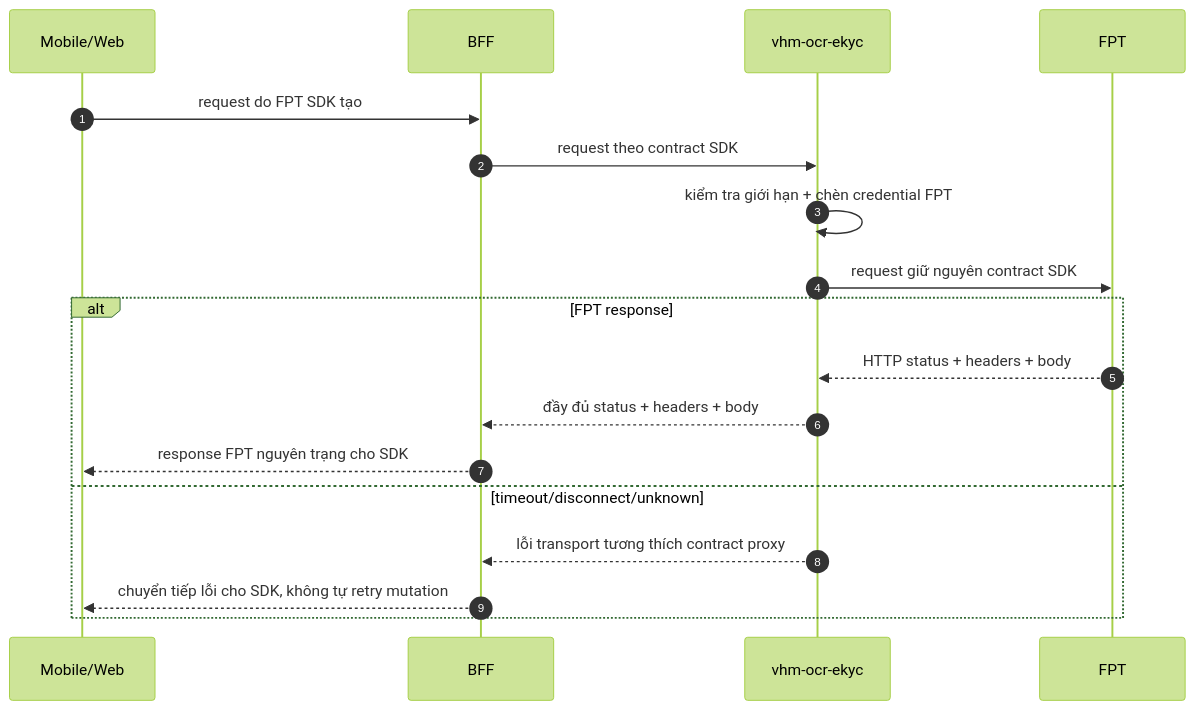
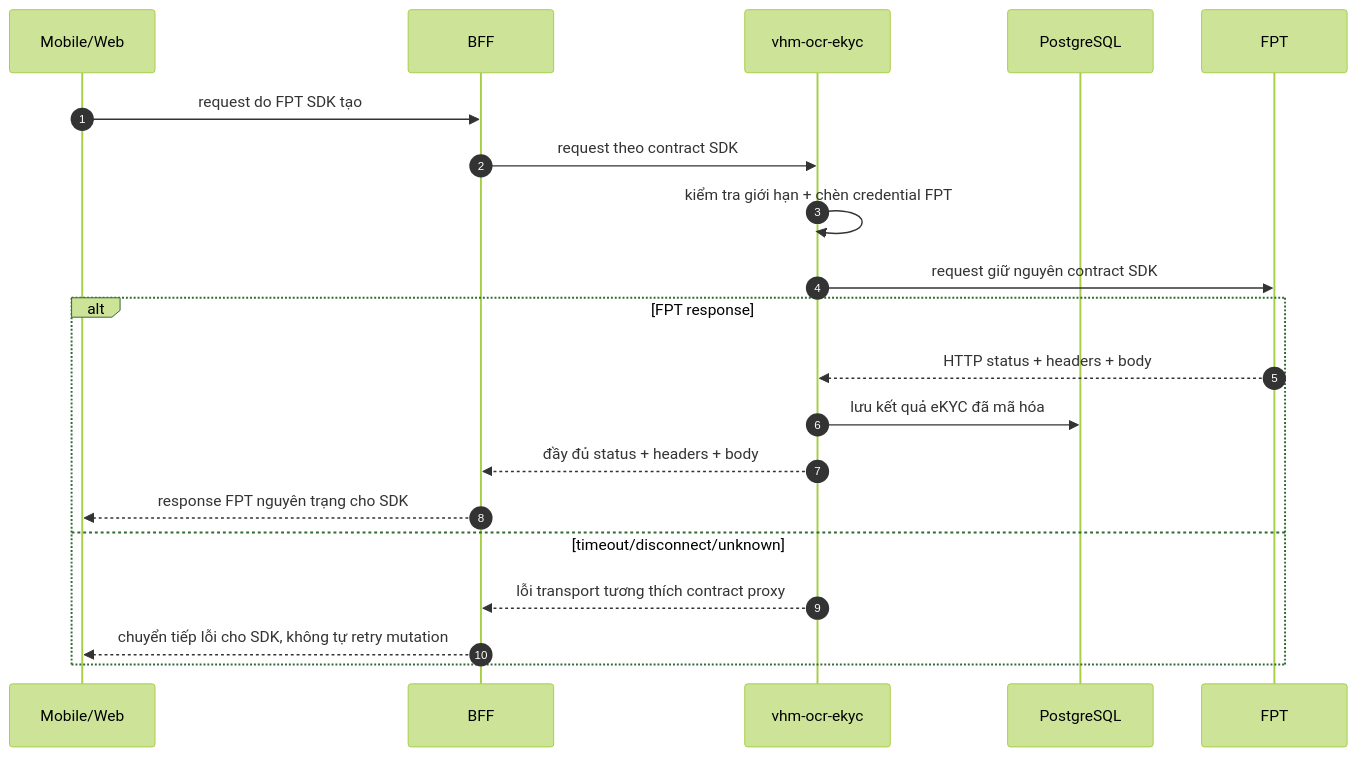
One commit to huynv-xyz/vhm changed diagram 11 of 12 in tdd-ocr-ekyc.md. Above: the diagram before and after it, drawn with Mermaid (forest theme). The commit also changed other lines of this file, not shown here.

````diff
--- a/tdd-ocr-ekyc.md
+++ b/tdd-ocr-ekyc.md
@@ -961,21 +985,23 @@
 ```mermaid
 sequenceDiagram
     autonumber
     participant C as Mobile/Web
     participant B as BFF
     participant E as vhm-ocr-ekyc
+    participant D as PostgreSQL
     participant F as FPT
 
     C->>B: request do FPT SDK tạo
     B->>E: request theo contract SDK
     E->>E: kiểm tra giới hạn + chèn credential FPT
     E->>F: request giữ nguyên contract SDK
     alt FPT response
         F-->>E: HTTP status + headers + body
+        E->>D: lưu kết quả eKYC đã mã hóa
         E-->>B: đầy đủ status + headers + body
         B-->>C: response FPT nguyên trạng cho SDK
     else timeout/disconnect/unknown
         E-->>B: lỗi transport tương thích contract proxy
         B-->>C: chuyển tiếp lỗi cho SDK, không tự retry mutation
     end
 ```
````
